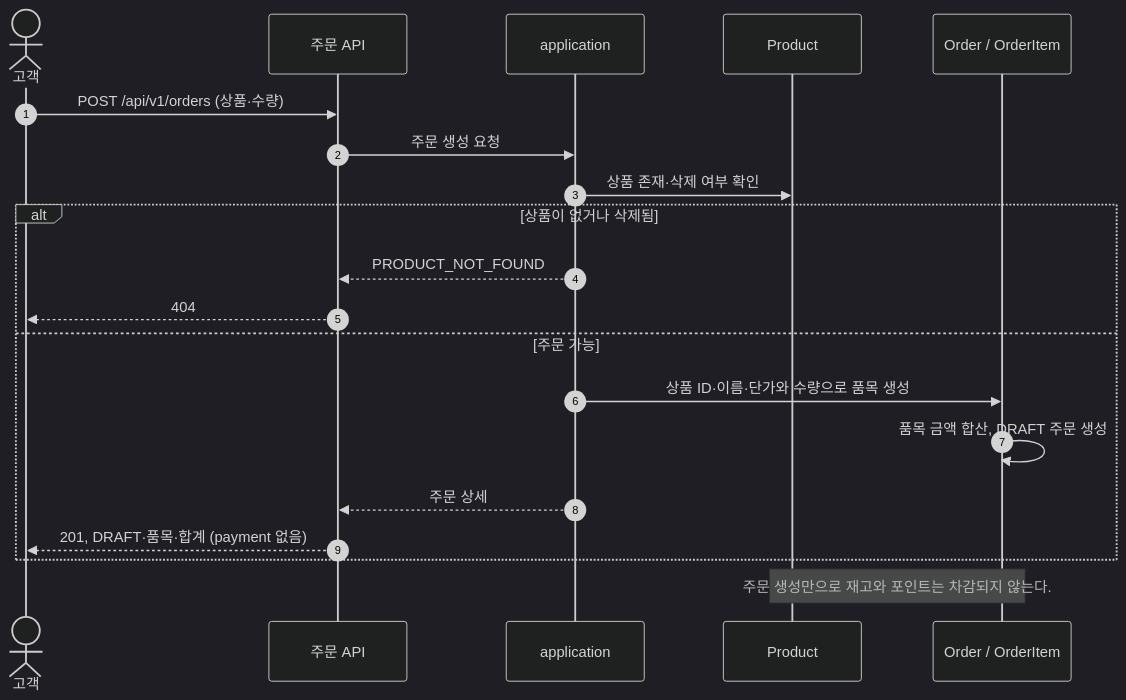
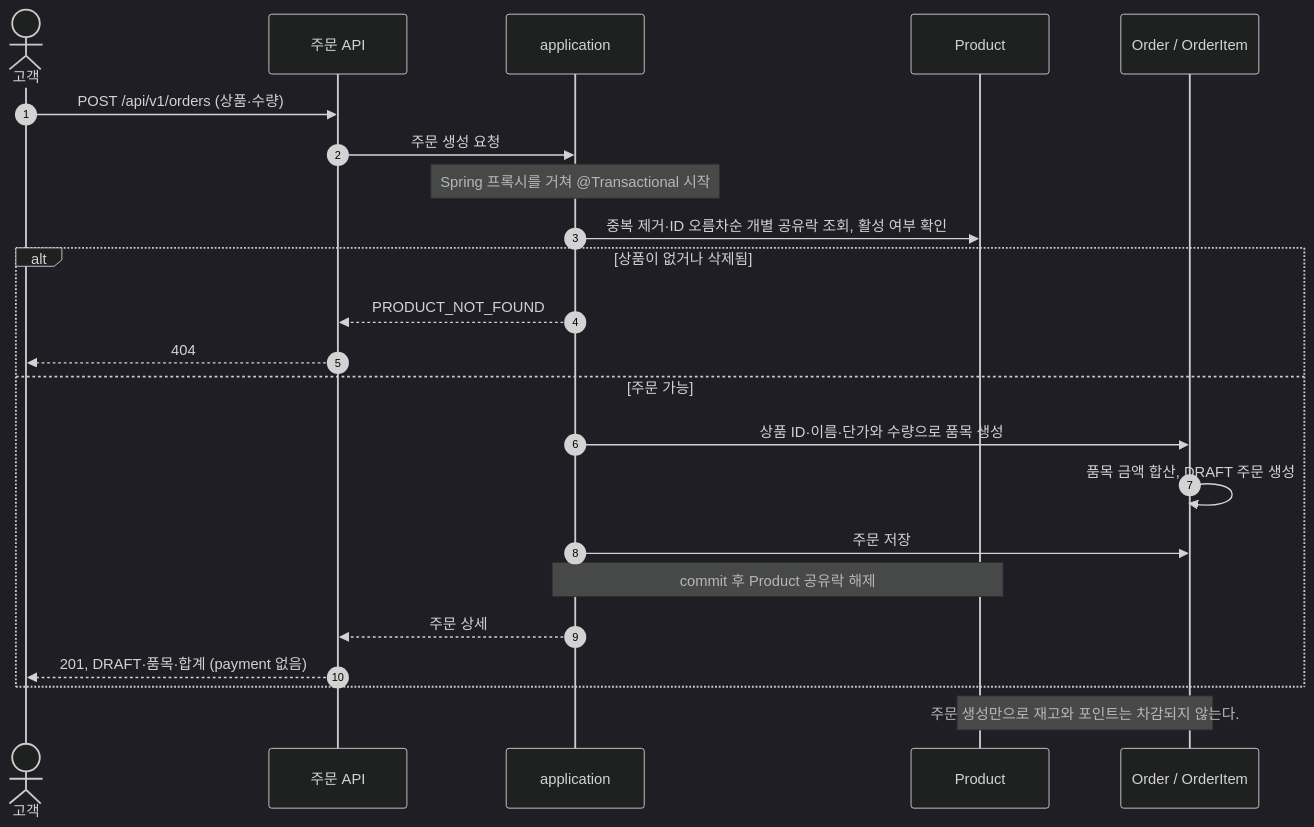
Before and after one commit to jeongye01/loop-pack-be-l2-vol5-java: the first of 2 diagrams in docs/week2/order-sequence.md, drawn with Mermaid (dark theme). The commit also changed other lines of this file and 2 other files, not shown here.

````diff
--- a/docs/week2/order-sequence.md
+++ b/docs/week2/order-sequence.md
@@ -11,23 +11,26 @@
 ```mermaid
 sequenceDiagram
     autonumber
     actor C as 고객
     participant API as 주문 API
     participant A as application
     participant P as Product
     participant O as Order / OrderItem
 
     C->>API: POST /api/v1/orders (상품·수량)
     API->>A: 주문 생성 요청
-    A->>P: 상품 존재·삭제 여부 확인
+    Note over A: Spring 프록시를 거쳐 @Transactional 시작
+    A->>P: 중복 제거·ID 오름차순 개별 공유락 조회, 활성 여부 확인
     alt 상품이 없거나 삭제됨
         A-->>API: PRODUCT_NOT_FOUND
         API-->>C: 404
     else 주문 가능
         A->>O: 상품 ID·이름·단가와 수량으로 품목 생성
         O->>O: 품목 금액 합산, DRAFT 주문 생성
+        A->>O: 주문 저장
+        Note over A,P: commit 후 Product 공유락 해제
         A-->>API: 주문 상세
         API-->>C: 201, DRAFT·품목·합계 (payment 없음)
     end
     Note over P,O: 주문 생성만으로 재고와 포인트는 차감되지 않는다.
 ```
````
